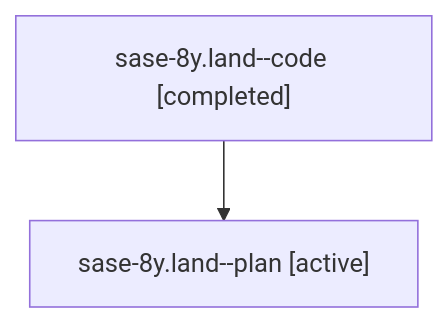
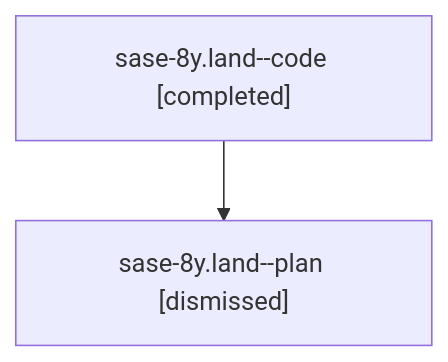
One commit to sase-org/sase--agents changed the diagram in sessions/bbugyi200.athena.sase-8y.land.md. Above: the diagram before and after it, drawn with Mermaid. The commit also changed other lines of this file and 105 other files, not shown here.

````diff
--- a/sessions/bbugyi200.athena.sase-8y.land.md
+++ b/sessions/bbugyi200.athena.sase-8y.land.md
@@ -9,6 +9,6 @@
 ```mermaid
 flowchart TD
   n0["sase-8y.land--code [completed]"]
-  n1["sase-8y.land--plan [active]"]
+  n1["sase-8y.land--plan [dismissed]"]
   n0 --> n1
 ```
````
